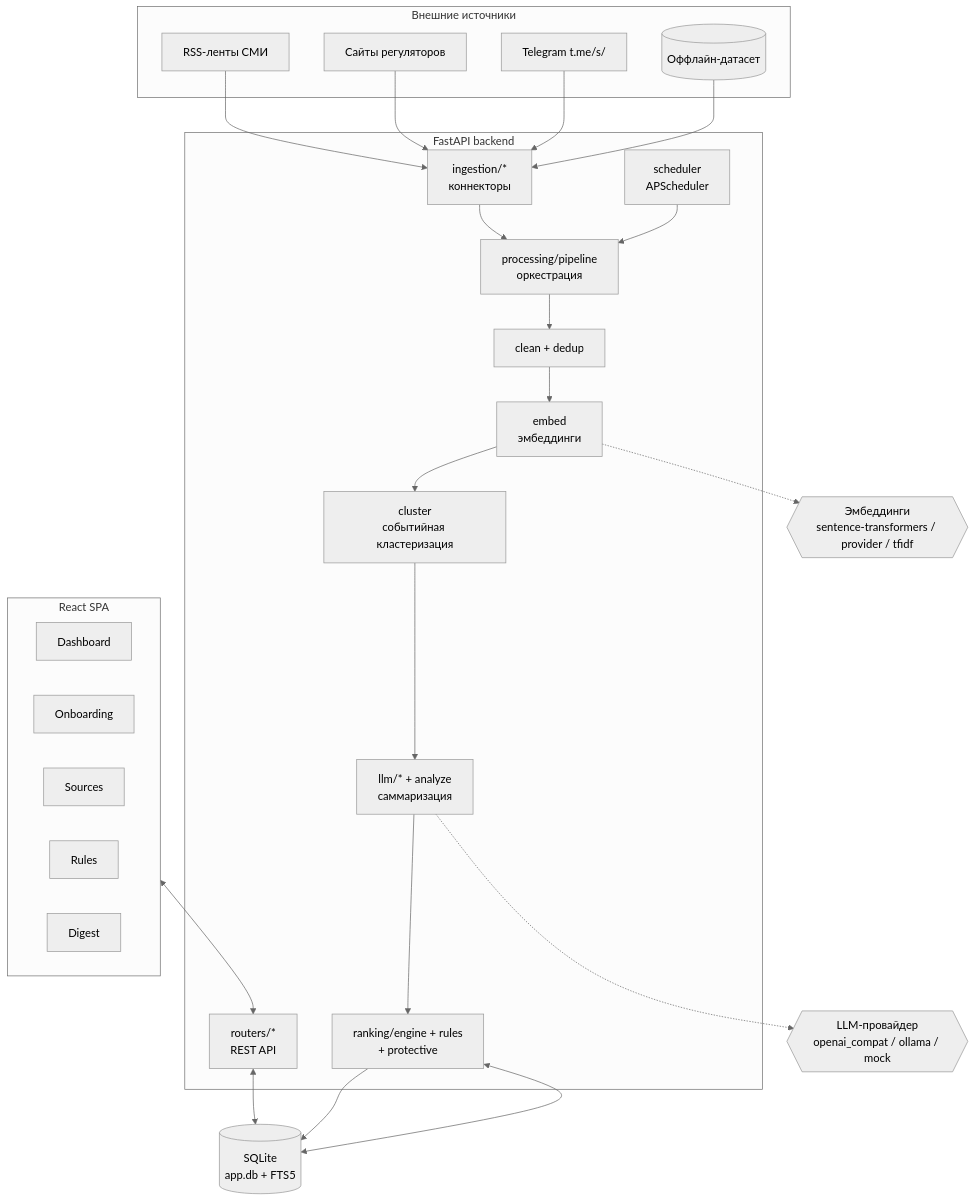
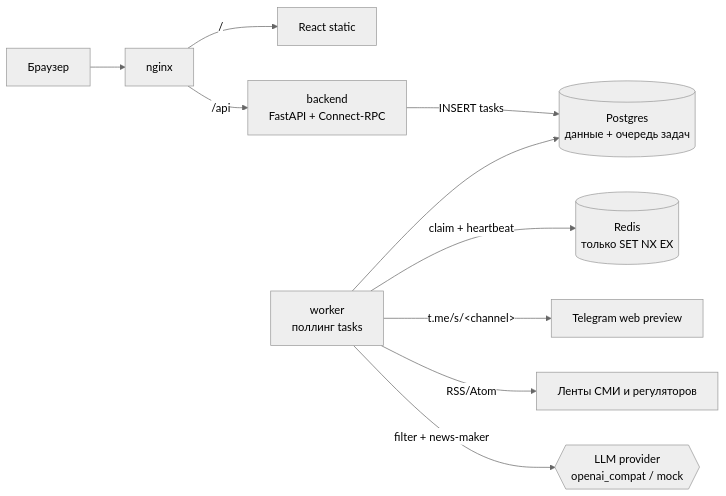
The first of 3 diagrams in docs/SYSTEM_DESIGN.md (larisa-team/ai_product_hack), drawn with Mermaid (neutral theme) before and after one commit. The commit also changed other lines of this file and 48 other files, not shown here.

````diff
--- a/docs/SYSTEM_DESIGN.md
+++ b/docs/SYSTEM_DESIGN.md
@@ -32,43 +80,12 @@
 ```mermaid
-flowchart TB
-    subgraph ext[Внешние источники]
-        RSS[RSS-ленты СМИ]
-        REG[Сайты регуляторов]
-        TG[Telegram t.me/s/]
-        ARCH[(Оффлайн-датасет)]
-    end
-
-    subgraph api[FastAPI backend]
-        ING[ingestion/*<br/>коннекторы]
-        PIPE[processing/pipeline<br/>оркестрация]
-        CLEAN[clean + dedup]
-        EMB[embed<br/>эмбеддинги]
-        CLUST[cluster<br/>событийная кластеризация]
-        LLM[llm/* + analyze<br/>саммаризация]
-        RANK[ranking/engine + rules<br/>+ protective]
-        SCHED[scheduler<br/>APScheduler]
-        REST[routers/*<br/>REST API]
-    end
-
-    DB[(SQLite<br/>app.db + FTS5)]
-
-    subgraph web[React SPA]
-        DASH[Dashboard]
-        ONB[Onboarding]
-        SRC[Sources]
-        RUL[Rules]
-        DIG[Digest]
-    end
-
-    LLMP{{LLM-провайдер<br/>openai_compat / ollama / mock}}
-    EMBP{{Эмбеддинги<br/>sentence-transformers / provider / tfidf}}
-
-    RSS & REG & TG & ARCH --> ING --> PIPE
-    PIPE --> CLEAN --> EMB --> CLUST --> LLM --> RANK --> DB
-    EMB -.-> EMBP
-    LLM -.-> LLMP
-    SCHED --> PIPE
-    REST <--> DB
-    RANK <--> DB
-    web <--> REST
+flowchart LR
+    U[Браузер] --> NGINX[nginx]
+    NGINX -->|/| REACT[React static]
+    NGINX -->|/api| BE[backend<br/>FastAPI + Connect-RPC]
+    BE -->|INSERT tasks| PG[(Postgres<br/>данные + очередь задач)]
+    W[worker<br/>поллинг tasks] --> PG
+    W -->|claim + heartbeat| RD[(Redis<br/>только SET NX EX)]
+    W -->|t.me/s/&lt;channel&gt;| TG[Telegram web preview]
+    W -->|RSS/Atom| RSS[Ленты СМИ и регуляторов]
+    W -->|filter + news-maker| LLM{{LLM provider<br/>openai_compat / mock}}
 ```
````
